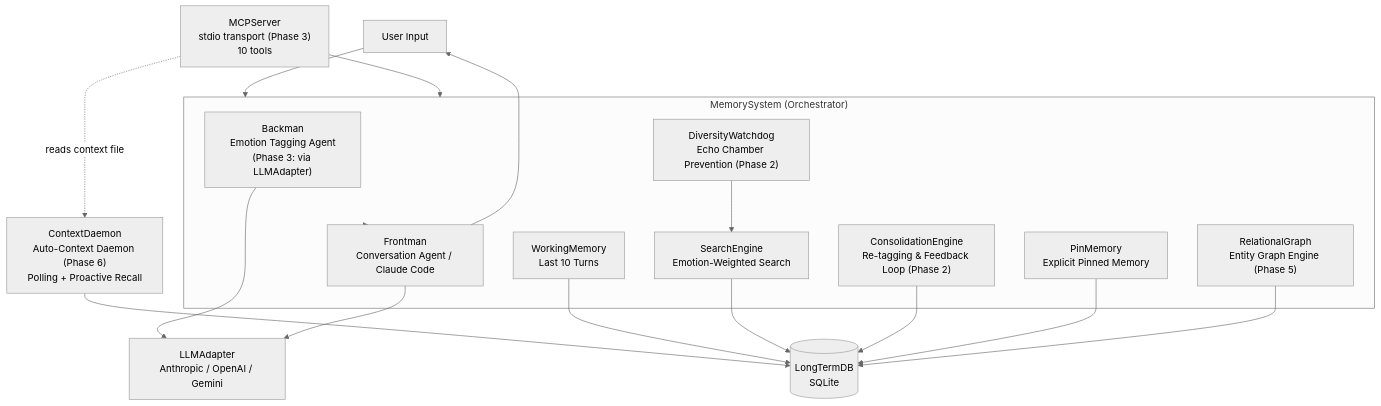
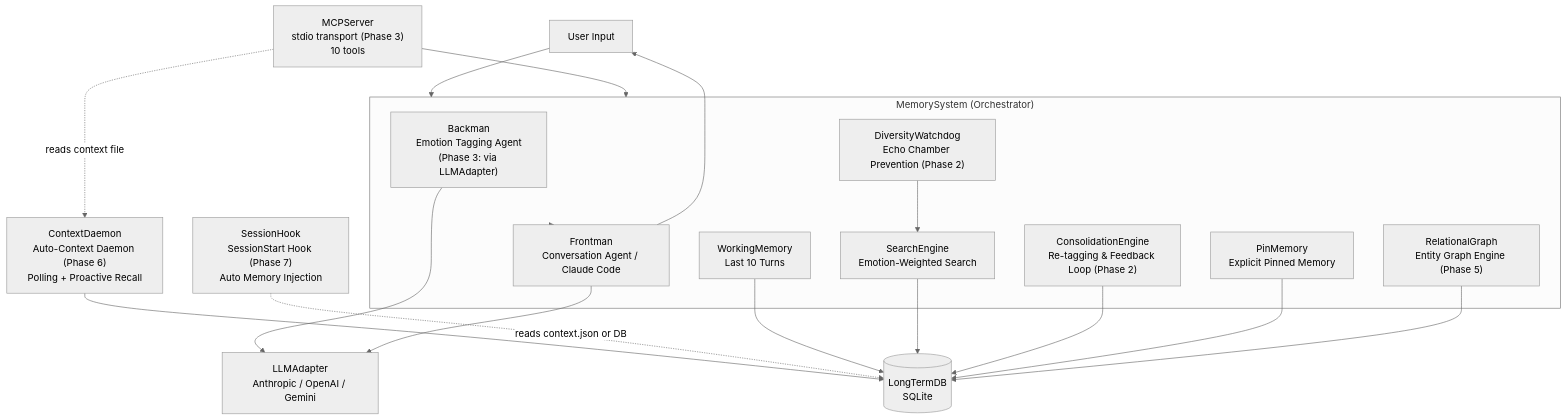
The diagram in README.md (NOBI327/amygdala), drawn with Mermaid (neutral theme) before and after one commit. The commit also changed other lines of this file and 7 other files, not shown here.

First line of the commit message:
Add session hook for automatic memory injection at session start (Phase 7)

````diff
--- a/README.md
+++ b/README.md
@@ -92,35 +95,37 @@
 ```mermaid
 graph TD
     User["User Input"] --> MemorySystem
 
     subgraph MemorySystem["MemorySystem (Orchestrator)"]
         Backman["Backman\nEmotion Tagging Agent\n(Phase 3: via LLMAdapter)"]
         SearchEngine["SearchEngine\nEmotion-Weighted Search"]
         DiversityWatchdog["DiversityWatchdog\nEcho Chamber Prevention (Phase 2)"]
         ConsolidationEngine["ConsolidationEngine\nRe-tagging & Feedback Loop (Phase 2)"]
         RelationalGraph["RelationalGraph\nEntity Graph Engine (Phase 5)"]
         WorkingMemory["WorkingMemory\nLast 10 Turns"]
         PinMemory["PinMemory\nExplicit Pinned Memory"]
         Frontman["Frontman\nConversation Agent / Claude Code"]
     end
 
     LongTermDB[("LongTermDB\nSQLite")]
     LLMAdapter["LLMAdapter\nAnthropic / OpenAI / Gemini"]
     ContextDaemon["ContextDaemon\nAuto-Context Daemon (Phase 6)\nPolling + Proactive Recall"]
+    SessionHook["SessionHook\nSessionStart Hook (Phase 7)\nAuto Memory Injection"]
     MCPServer["MCPServer\nstdio transport (Phase 3)\n10 tools"]
 
     Backman --> LLMAdapter
     Frontman --> LLMAdapter
     MCPServer --> MemorySystem
     ContextDaemon --> LongTermDB
     MCPServer -.->|reads context file| ContextDaemon
+    SessionHook -.->|reads context.json or DB| LongTermDB
     WorkingMemory --> LongTermDB
     SearchEngine --> LongTermDB
     ConsolidationEngine --> LongTermDB
     PinMemory --> LongTermDB
     RelationalGraph --> LongTermDB
     DiversityWatchdog --> SearchEngine
 
     MemorySystem --> Frontman
     Frontman --> User
 ```
````
